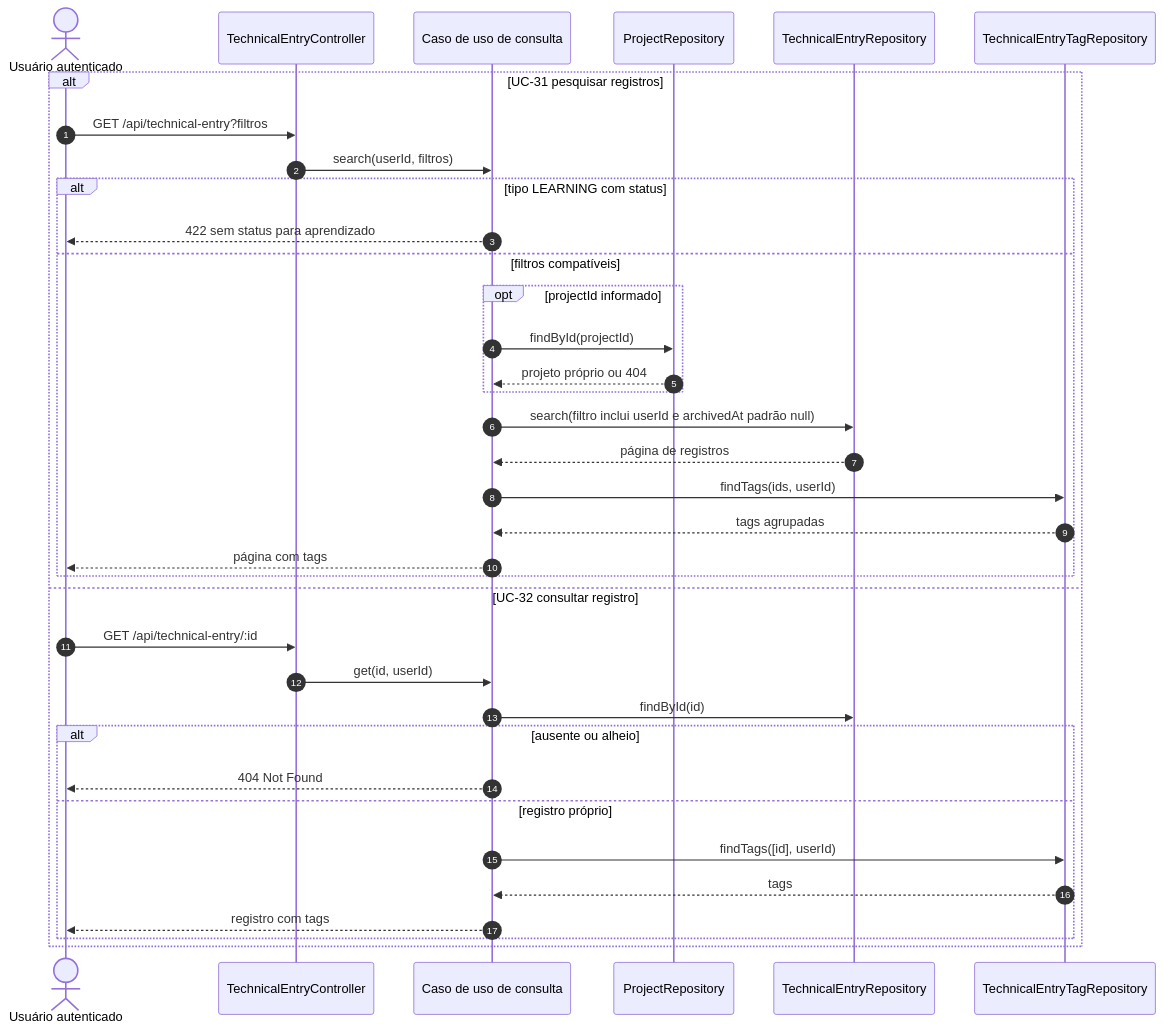
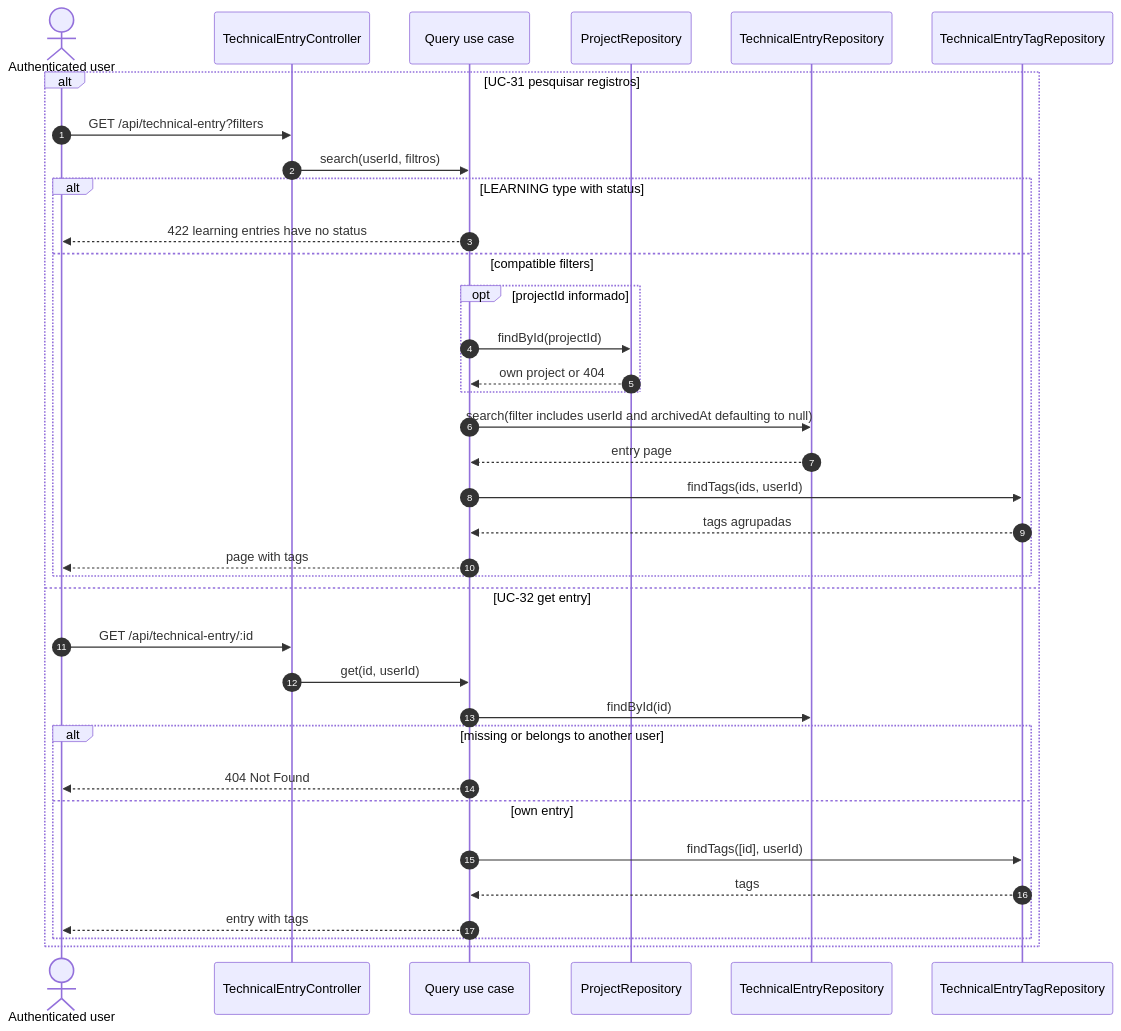
Before and after one commit to Lucalopezz/DevLog: the second of 6 diagrams in docs/diagrams/sequences/technical-entries.md, drawn with Mermaid. The commit also changed other lines of this file and 235 other files, not shown here.

````diff
--- a/docs/diagrams/sequences/technical-entries.md
+++ b/docs/diagrams/sequences/technical-entries.md
@@ -37,39 +37,39 @@
 ```mermaid
 sequenceDiagram
     autonumber
-    actor Usuario as Usuário autenticado
+    actor UserActor as Authenticated user
     participant C as TechnicalEntryController
-    participant UC as Caso de uso de consulta
+    participant UC as Query use case
     participant PRepo as ProjectRepository
     participant ERepo as TechnicalEntryRepository
     participant LinkRepo as TechnicalEntryTagRepository
 
     alt UC-31 pesquisar registros
-        Usuario->>C: GET /api/technical-entry?filtros
+        UserActor->>C: GET /api/technical-entry?filters
         C->>UC: search(userId, filtros)
-        alt tipo LEARNING com status
-            UC-->>Usuario: 422 sem status para aprendizado
-        else filtros compatíveis
+        alt LEARNING type with status
+            UC-->>UserActor: 422 learning entries have no status
+        else compatible filters
             opt projectId informado
                 UC->>PRepo: findById(projectId)
-                PRepo-->>UC: projeto próprio ou 404
+                PRepo-->>UC: own project or 404
             end
-            UC->>ERepo: search(filtro inclui userId e archivedAt padrão null)
-            ERepo-->>UC: página de registros
+            UC->>ERepo: search(filter includes userId and archivedAt defaulting to null)
+            ERepo-->>UC: entry page
             UC->>LinkRepo: findTags(ids, userId)
             LinkRepo-->>UC: tags agrupadas
-            UC-->>Usuario: página com tags
+            UC-->>UserActor: page with tags
         end
-    else UC-32 consultar registro
-        Usuario->>C: GET /api/technical-entry/:id
+    else UC-32 get entry
+        UserActor->>C: GET /api/technical-entry/:id
         C->>UC: get(id, userId)
         UC->>ERepo: findById(id)
-        alt ausente ou alheio
-            UC-->>Usuario: 404 Not Found
-        else registro próprio
+        alt missing or belongs to another user
+            UC-->>UserActor: 404 Not Found
+        else own entry
             UC->>LinkRepo: findTags([id], userId)
             LinkRepo-->>UC: tags
-            UC-->>Usuario: registro com tags
+            UC-->>UserActor: entry with tags
         end
     end
 ```
````
